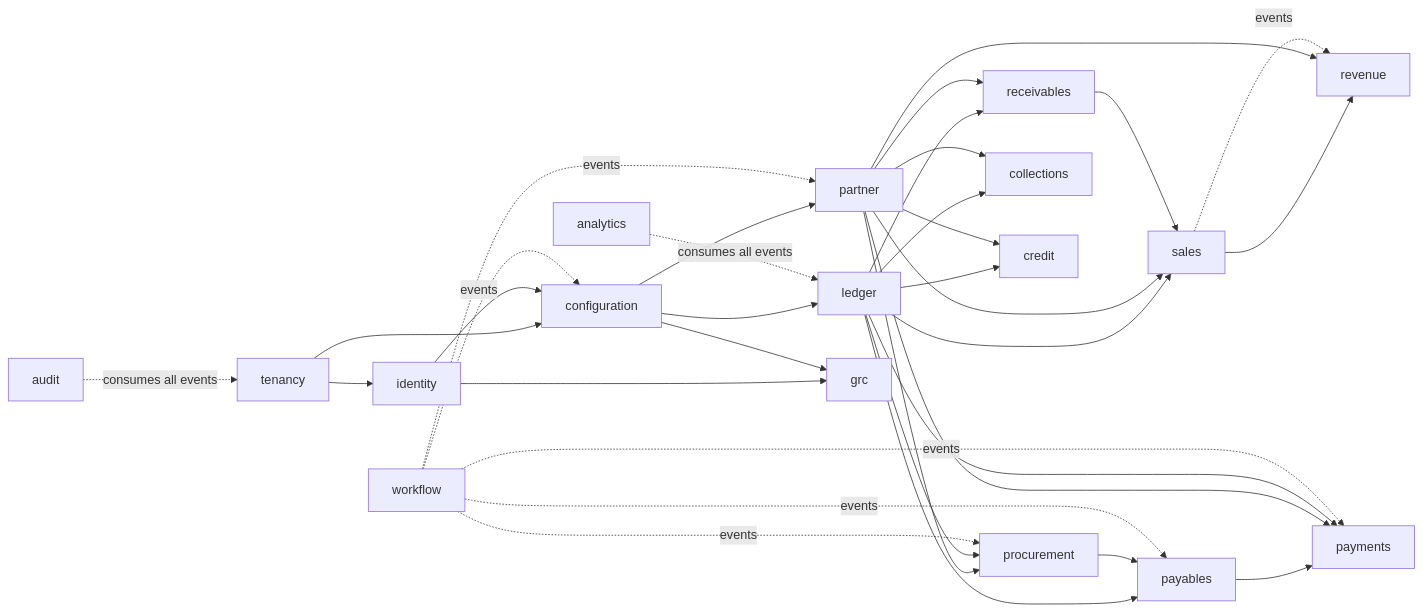
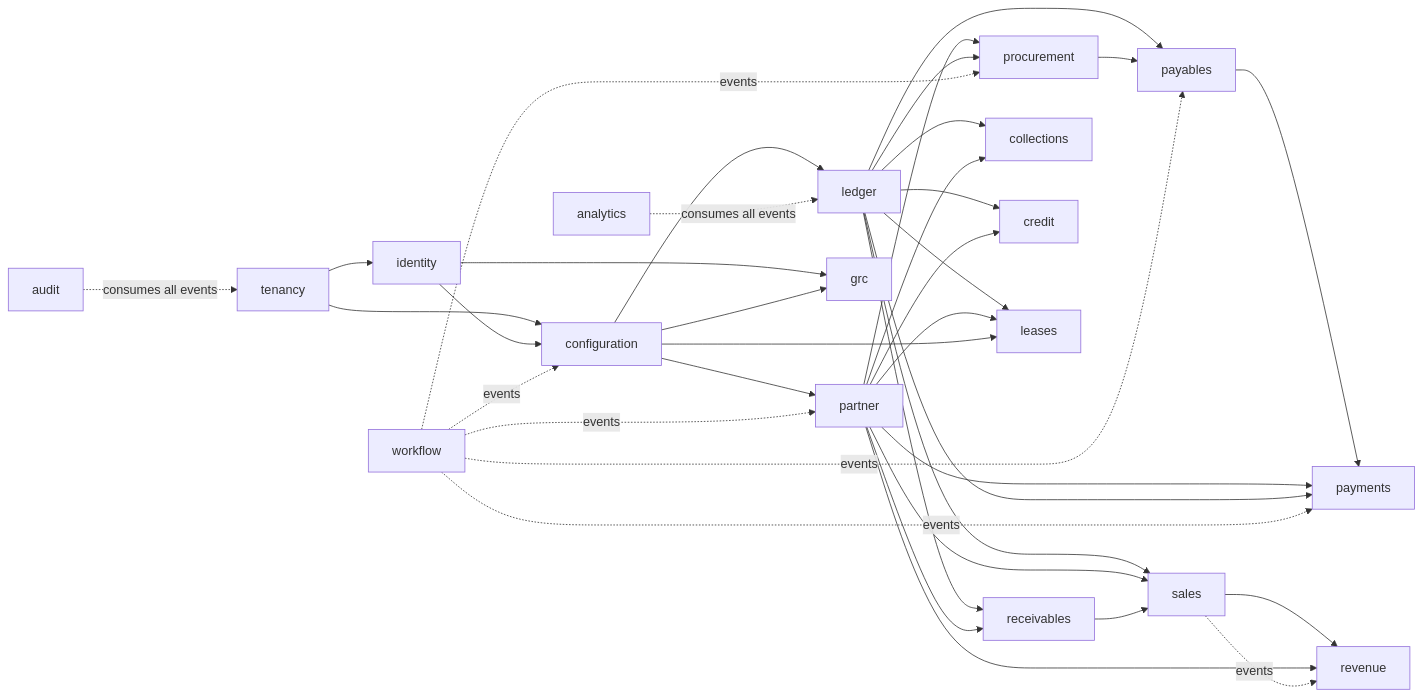
One commit to mustie7iy/agentic-erp changed the first of 2 diagrams in docs/design/02-architecture.md. Above: the diagram before and after it, drawn with Mermaid. The commit also changed other lines of this file and 46 other files, not shown here.

````diff
--- a/docs/design/02-architecture.md
+++ b/docs/design/02-architecture.md
@@ -71,36 +73,39 @@
 ```mermaid
 flowchart LR
   tenancy --> identity
   tenancy --> configuration
   identity --> configuration
   configuration --> partner
   configuration --> ledger
   partner --> procurement
   ledger --> procurement
   ledger --> payables
   procurement --> payables
   ledger --> receivables
   partner --> receivables
   ledger --> sales
   partner --> sales
   receivables --> sales
   ledger --> collections
   partner --> collections
   ledger --> credit
   partner --> credit
   sales --> revenue
   partner --> revenue
   sales -.events.-> revenue
   identity --> grc
   configuration --> grc
+  ledger --> leases
+  partner --> leases
+  configuration --> leases
   payables --> payments
   partner --> payments
   ledger --> payments
   workflow -.events.-> procurement
   workflow -.events.-> payables
   workflow -.events.-> payments
   workflow -.events.-> partner
   workflow -.events.-> configuration
   audit -.consumes all events.-> tenancy
   analytics -.consumes all events.-> ledger
 ```
````
